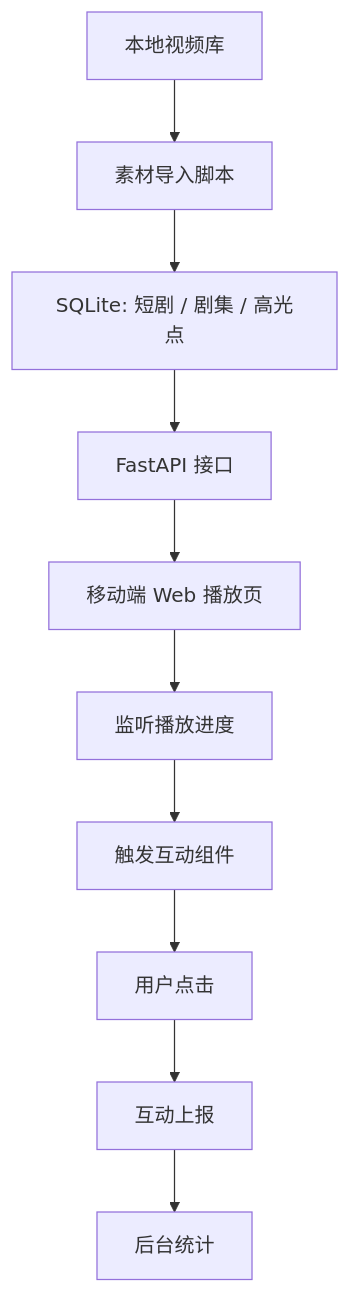
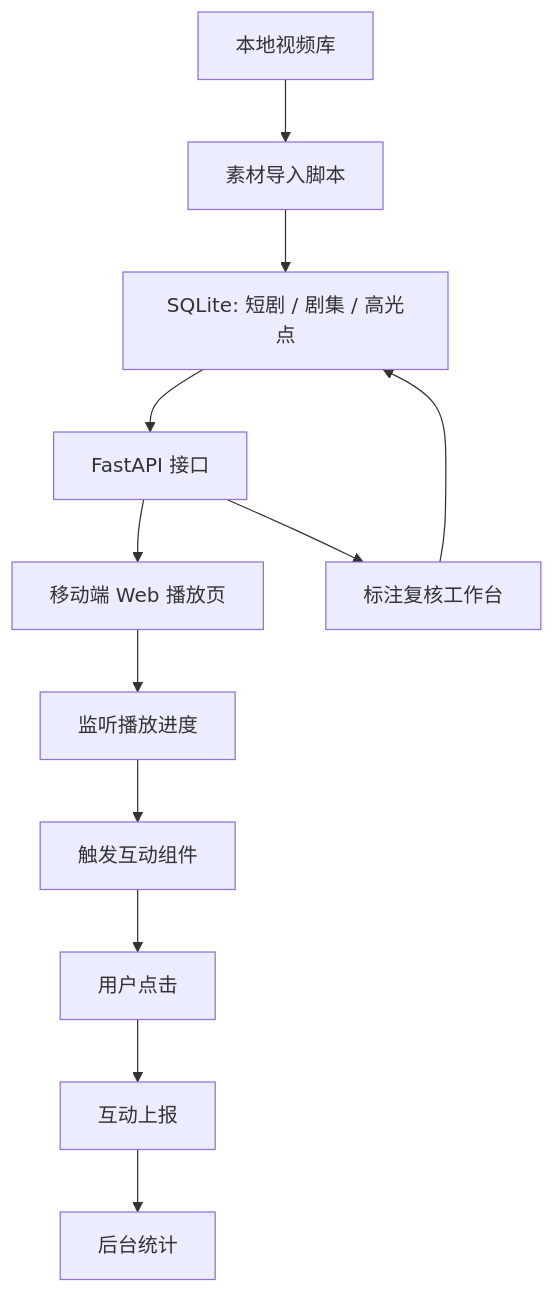
The diagram in docs/architecture.md (leoelio/Understanding-Short-Dramas), drawn with Mermaid before and after one commit. The commit also changed other lines of this file and 6 other files, not shown here.

````diff
--- a/docs/architecture.md
+++ b/docs/architecture.md
@@ -9,12 +9,14 @@
 ```mermaid
 flowchart TD
     A["本地视频库"] --> B["素材导入脚本"]
     B --> C["SQLite: 短剧 / 剧集 / 高光点"]
     C --> D["FastAPI 接口"]
     D --> E["移动端 Web 播放页"]
+    D --> K["标注复核工作台"]
     E --> F["监听播放进度"]
     F --> G["触发互动组件"]
     G --> H["用户点击"]
     H --> I["互动上报"]
     I --> J["后台统计"]
+    K --> C
 ```
````
